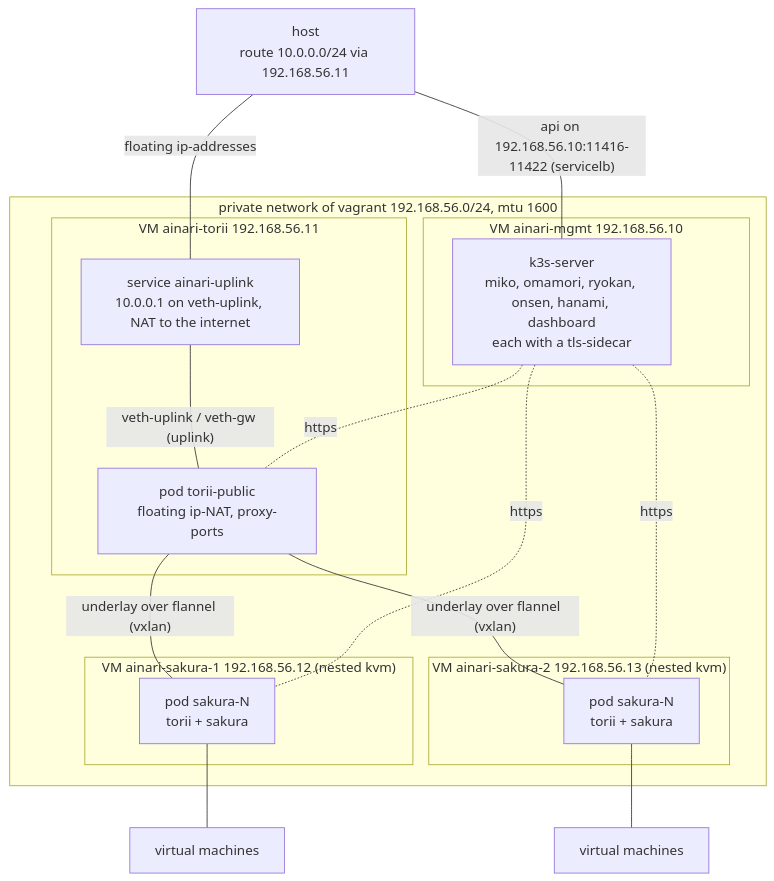
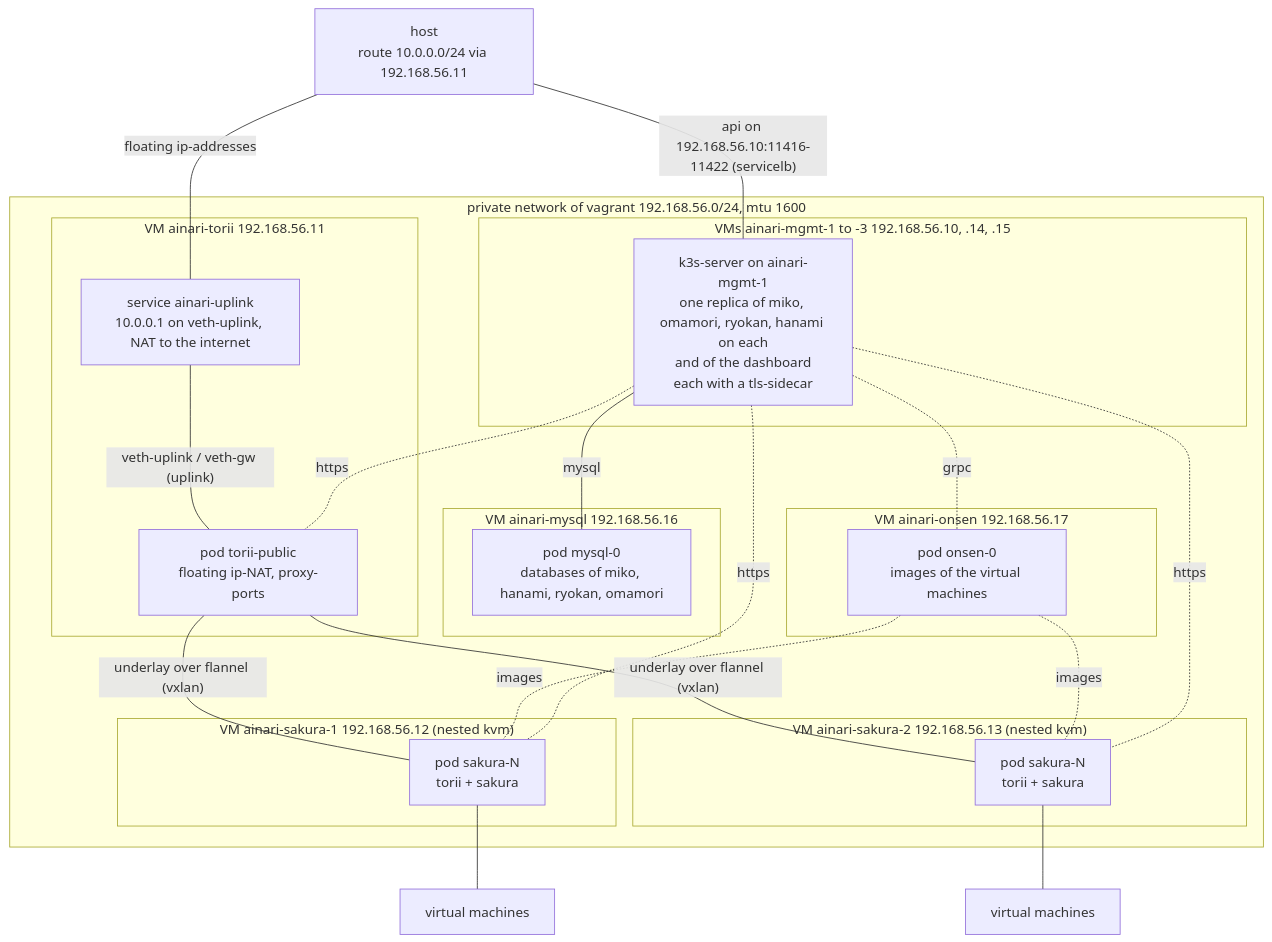
Before and after one commit to kitsudaiki/ainari: the diagram in docs/developer/local_testing/vagrant_setup.md, drawn with Mermaid. The commit also changed other lines of this file and 46 other files, not shown here.

````diff
--- a/docs/developer/local_testing/vagrant_setup.md
+++ b/docs/developer/local_testing/vagrant_setup.md
@@ -24,31 +35,41 @@
 ```mermaid
 flowchart TB
     host["host<br/>route 10.0.0.0/24 via 192.168.56.11"]
 
     subgraph net["private network of vagrant 192.168.56.0/24, mtu 1600"]
-        subgraph mgmt["VM ainari-mgmt 192.168.56.10"]
-            control["k3s-server<br/>miko, omamori, ryokan, onsen, hanami, dashboard<br/>each with a tls-sidecar"]
+        subgraph mgmt["VMs ainari-mgmt-1 to -3 192.168.56.10, .14, .15"]
+            control["k3s-server on ainari-mgmt-1<br/>one replica of miko, omamori, ryokan, hanami on each<br/>and of the dashboard<br/>each with a tls-sidecar"]
+        end
+        subgraph onsenvm["VM ainari-onsen 192.168.56.17"]
+            onsen["pod onsen-0<br/>images of the virtual machines"]
+        end
+        subgraph mysqlvm["VM ainari-mysql 192.168.56.16"]
+            mysql["pod mysql-0<br/>databases of miko, hanami, ryokan, omamori"]
         end
         subgraph toriivm["VM ainari-torii 192.168.56.11"]
             uplink["service ainari-uplink<br/>10.0.0.1 on veth-uplink, NAT to the internet"]
             public["pod torii-public<br/>floating ip-NAT, proxy-ports"]
         end
         subgraph sak1["VM ainari-sakura-1 192.168.56.12 (nested kvm)"]
             pod0["pod sakura-N<br/>torii + sakura"]
         end
         subgraph sak2["VM ainari-sakura-2 192.168.56.13 (nested kvm)"]
             pod1["pod sakura-N<br/>torii + sakura"]
         end
     end
 
     host -- "api on 192.168.56.10:11416-11422 (servicelb)" --- control
     host -- "floating ip-addresses" --- uplink
     uplink -- "veth-uplink / veth-gw (uplink)" --- public
     public -- "underlay over flannel (vxlan)" --- pod0
     public -- "underlay over flannel (vxlan)" --- pod1
     pod0 --- vm0["virtual machines"]
     pod1 --- vm1["virtual machines"]
+    control -- "mysql" --- mysql
+    control -. "grpc" .- onsen
+    onsen -. "images" .- pod0
+    onsen -. "images" .- pod1
     control -. "https" .- public
     control -. "https" .- pod0
     control -. "https" .- pod1
 ```
````
